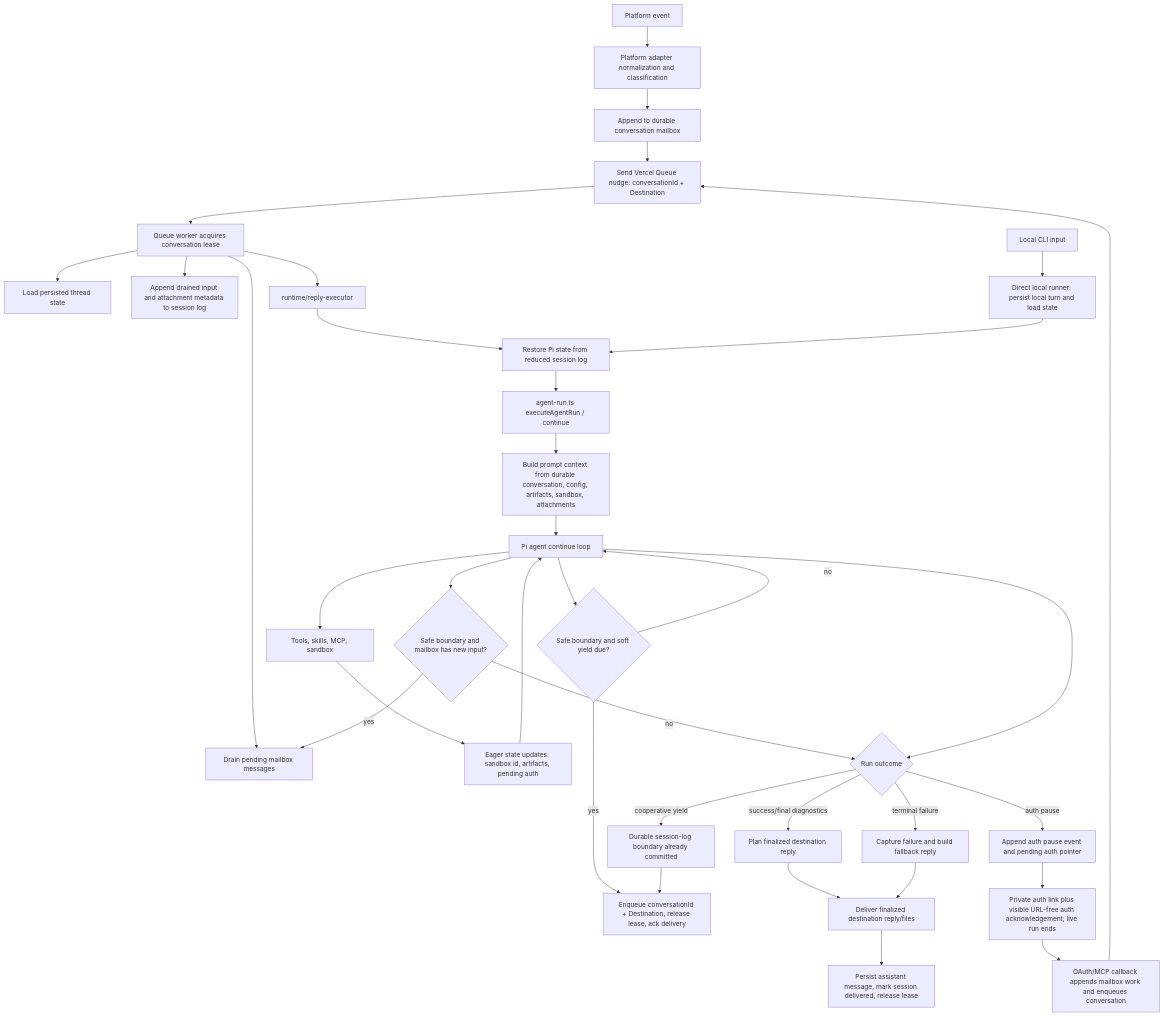
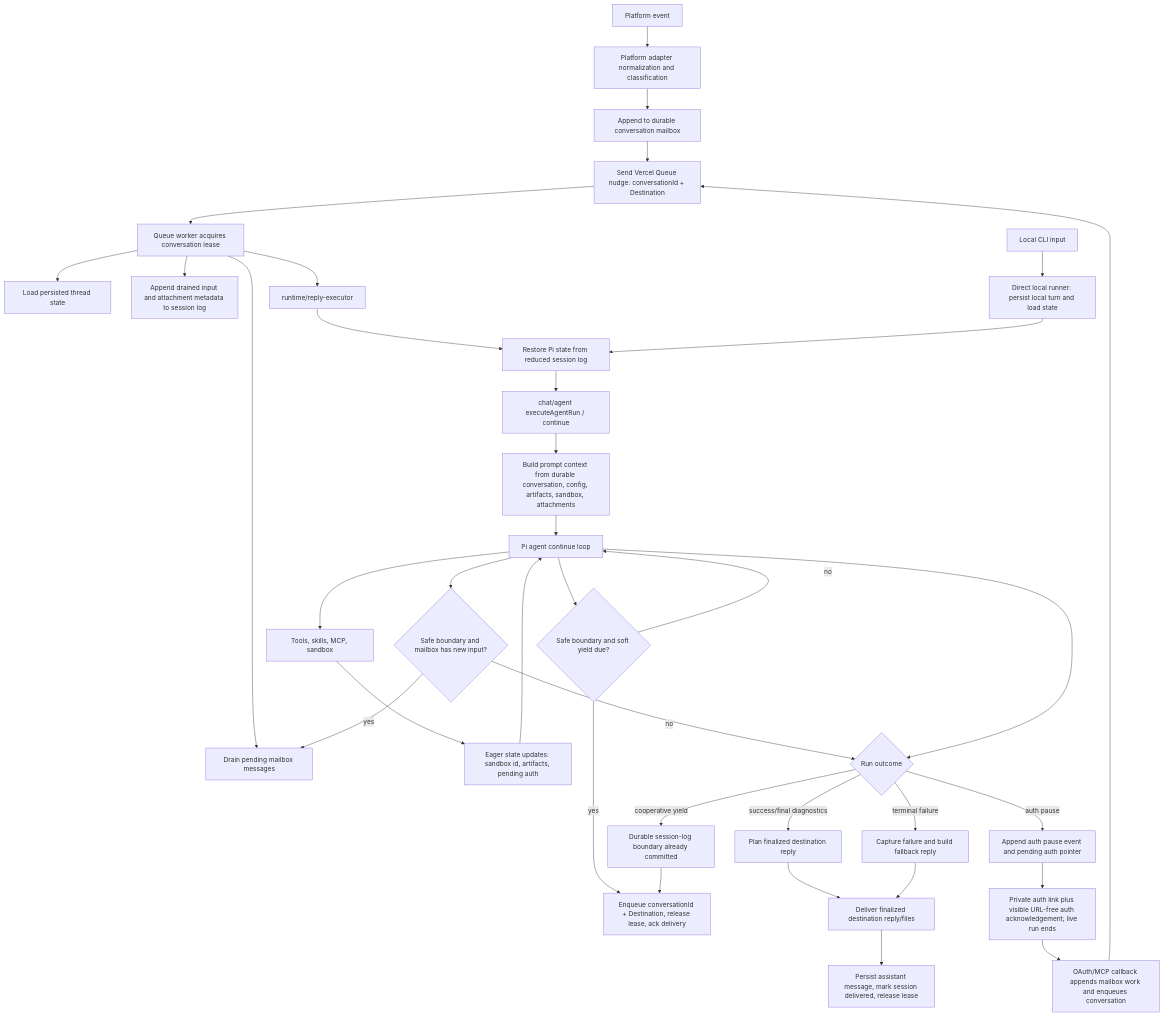
One commit to Elih96/junior changed the diagram in specs/chat-architecture.md. Above: the diagram before and after it, drawn with Mermaid. The commit also changed other lines of this file and 45 other files, not shown here.

````diff
--- a/specs/chat-architecture.md
+++ b/specs/chat-architecture.md
@@ -41,38 +41,38 @@
 ```mermaid
 flowchart TD
   A[Platform event] --> B[Platform adapter normalization and classification]
   B --> C[Append to durable conversation mailbox]
   C --> D[Send Vercel Queue nudge: conversationId + Destination]
   D --> E[Queue worker acquires conversation lease]
   E --> E1[Load persisted thread state]
   E --> E2[Drain pending mailbox messages]
   E --> E3[Append drained input and attachment metadata to session log]
   E --> F[runtime/reply-executor]
   F --> G[Restore Pi state from reduced session log]
   LA[Local CLI input] --> LB[Direct local runner: persist local turn and load state]
   LB --> G
-  G --> J[agent-run.ts executeAgentRun / continue]
+  G --> J[chat/agent executeAgentRun / continue]
   J --> K[Build prompt context from durable conversation, config, artifacts, sandbox, attachments]
   K --> L[Pi agent continue loop]
   L --> M[Tools, skills, MCP, sandbox]
   M --> N[Eager state updates: sandbox id, artifacts, pending auth]
   N --> L
   L --> Y{Safe boundary and soft yield due?}
   Y -->|yes| YA[Enqueue conversationId + Destination, release lease, ack delivery]
   Y -->|no| L
   L --> Z{Safe boundary and mailbox has new input?}
   Z -->|yes| E2
   Z -->|no| O
   L --> O{Run outcome}
   O -->|success/final diagnostics| P[Plan finalized destination reply]
   O -->|auth pause| Q[Append auth pause event and pending auth pointer]
   O -->|cooperative yield| R[Durable session-log boundary already committed]
   O -->|terminal failure| S[Capture failure and build fallback reply]
   R --> YA
   Q --> V[Private auth link plus visible URL-free auth acknowledgement; live run ends]
   V --> AB[OAuth/MCP callback appends mailbox work and enqueues conversation]
   P --> W[Deliver finalized destination reply/files]
   S --> W
   W --> X[Persist assistant message, mark session delivered, release lease]
   AB --> D
 ```
````
